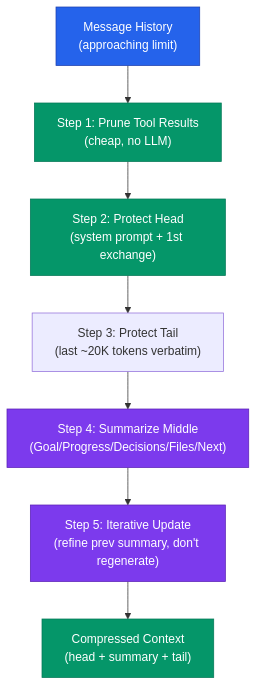
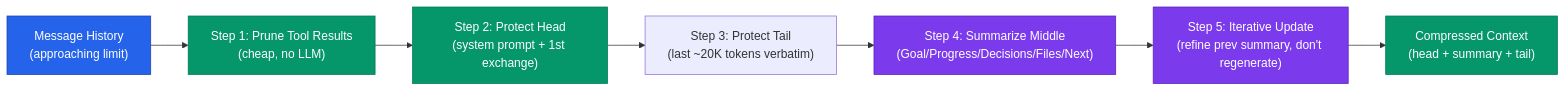
The fifth of 5 diagrams in hermes-agent/README.md (NeuZhou/awesome-ai-anatomy), drawn with Mermaid before and after one commit. The commit also changed other lines of this file and 13 other files, not shown here.

Commit message:
feat: add PNG architecture diagrams for remaining 7 teardowns

````diff
--- a/hermes-agent/README.md
+++ b/hermes-agent/README.md
@@ -234,22 +241,22 @@
 ```mermaid
-flowchart TD
+flowchart LR
     MSG["Message History\n(approaching limit)"] --> S1["Step 1: Prune Tool Results\n(cheap, no LLM)"]
     S1 --> S2["Step 2: Protect Head\n(system prompt + 1st exchange)"]
     S2 --> S3["Step 3: Protect Tail\n(last ~20K tokens verbatim)"]
     S3 --> S4["Step 4: Summarize Middle\n(Goal/Progress/Decisions/Files/Next)"]
     S4 --> S5["Step 5: Iterative Update\n(refine prev summary, don't regenerate)"]
     S5 --> OUT["Compressed Context\n(head + summary + tail)"]
 
     classDef primary fill:#2563eb,stroke:#1e40af,color:#fff
     classDef secondary fill:#7c3aed,stroke:#5b21b6,color:#fff
     classDef accent fill:#059669,stroke:#047857,color:#fff
     classDef warn fill:#d97706,stroke:#b45309,color:#fff
     classDef neutral fill:#374151,stroke:#1f2937,color:#fff
 
     class MSG primary
     class S1 accent
     class S2 accent
     class S4 secondary
     class S5 secondary
     class OUT accent
 ```
````
